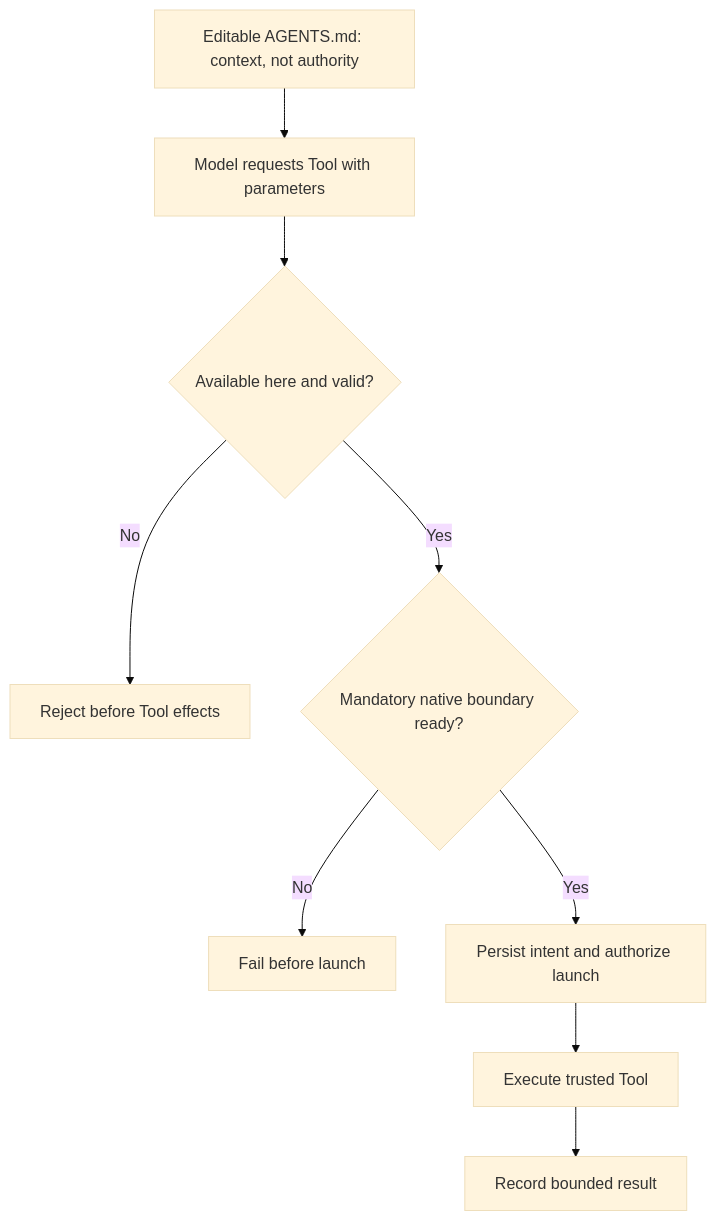
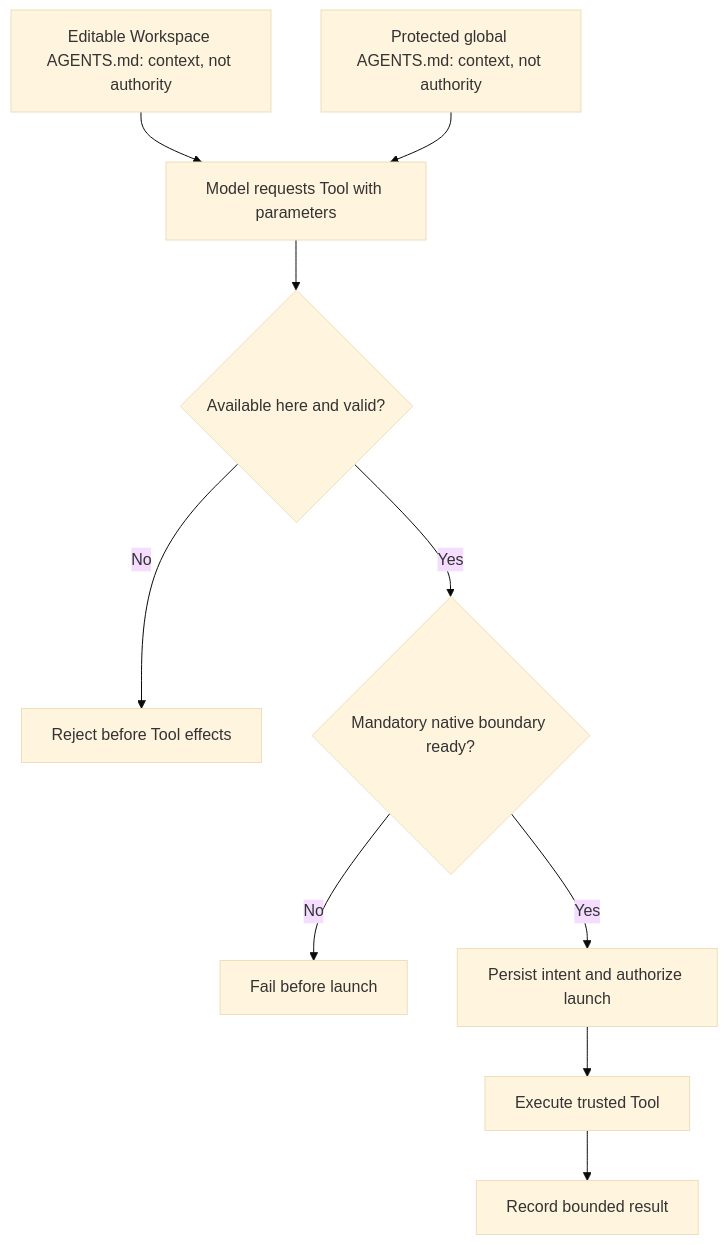
One commit to Open-Equilibrium/watershed changed the second of 11 diagrams in docs/concept/flow-agent-executor-architecture.md. Above: the diagram before and after it, drawn with Mermaid (base theme). The commit also changed other lines of this file and 9 other files, not shown here.

````diff
--- a/docs/concept/flow-agent-executor-architecture.md
+++ b/docs/concept/flow-agent-executor-architecture.md
@@ -54,11 +54,12 @@
 ```mermaid
 flowchart TD
-  Instructions["Editable AGENTS.md: context, not authority"] --> Input
+  Instructions["Editable Workspace AGENTS.md: context, not authority"] --> Input
+  Global["Protected global AGENTS.md: context, not authority"] --> Input
   Input["Model requests Tool with parameters"] --> Check{"Available here and valid?"}
   Check -->|No| Reject["Reject before Tool effects"]
   Check -->|Yes| Ready{"Mandatory native boundary ready?"}
   Ready -->|No| Stop["Fail before launch"]
   Ready -->|Yes| Intent["Persist intent and authorize launch"]
   Intent --> Run["Execute trusted Tool"]
   Run --> Result["Record bounded result"]
 ```
````
